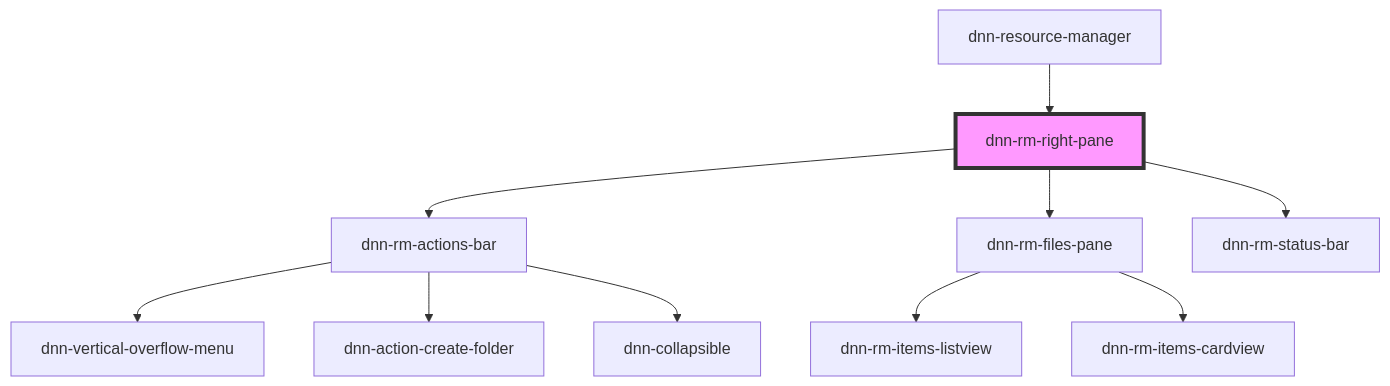
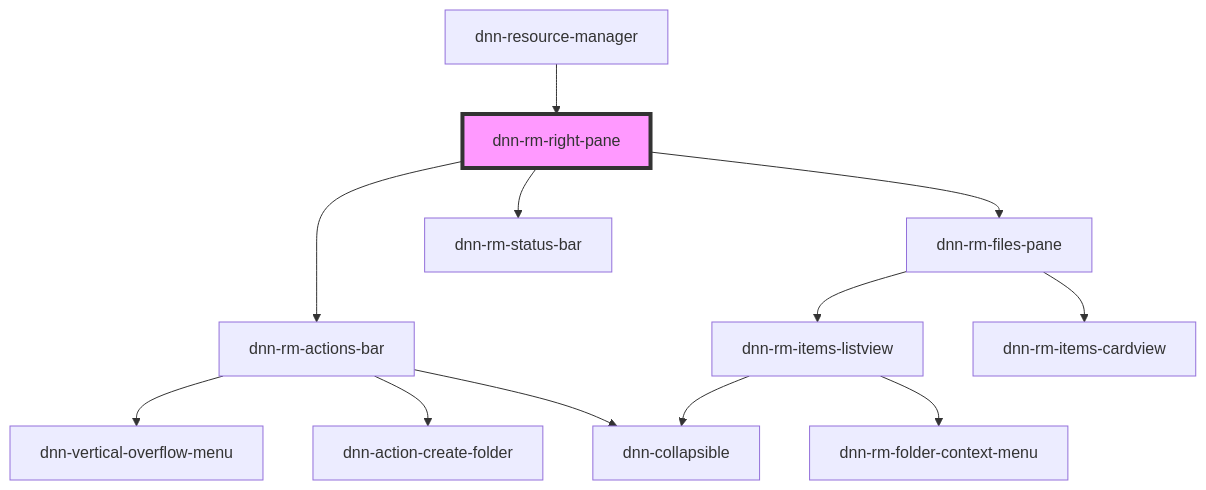
The diagram in DNN Platform/Modules/ResourceManager/ResourceManager.Web/src/components/dnn-rm-right-pane/readme.md (dnnsoftware/Dnn.Platform), drawn with Mermaid before and after one commit. The commit also changed 10 other files, not shown here.

Commit message:
Implemented context menu in listview

````diff
--- a/DNN Platform/Modules/ResourceManager/ResourceManager.Web/src/components/dnn-rm-right-pane/readme.md
+++ b/DNN Platform/Modules/ResourceManager/ResourceManager.Web/src/components/dnn-rm-right-pane/readme.md
@@ -21,13 +21,15 @@
 ```mermaid
 graph TD;
   dnn-rm-right-pane --> dnn-rm-actions-bar
   dnn-rm-right-pane --> dnn-rm-files-pane
   dnn-rm-right-pane --> dnn-rm-status-bar
   dnn-rm-actions-bar --> dnn-vertical-overflow-menu
   dnn-rm-actions-bar --> dnn-action-create-folder
   dnn-rm-actions-bar --> dnn-collapsible
   dnn-rm-files-pane --> dnn-rm-items-listview
   dnn-rm-files-pane --> dnn-rm-items-cardview
+  dnn-rm-items-listview --> dnn-collapsible
+  dnn-rm-items-listview --> dnn-rm-folder-context-menu
   dnn-resource-manager --> dnn-rm-right-pane
   style dnn-rm-right-pane fill:#f9f,stroke:#333,stroke-width:4px
 ```
````
